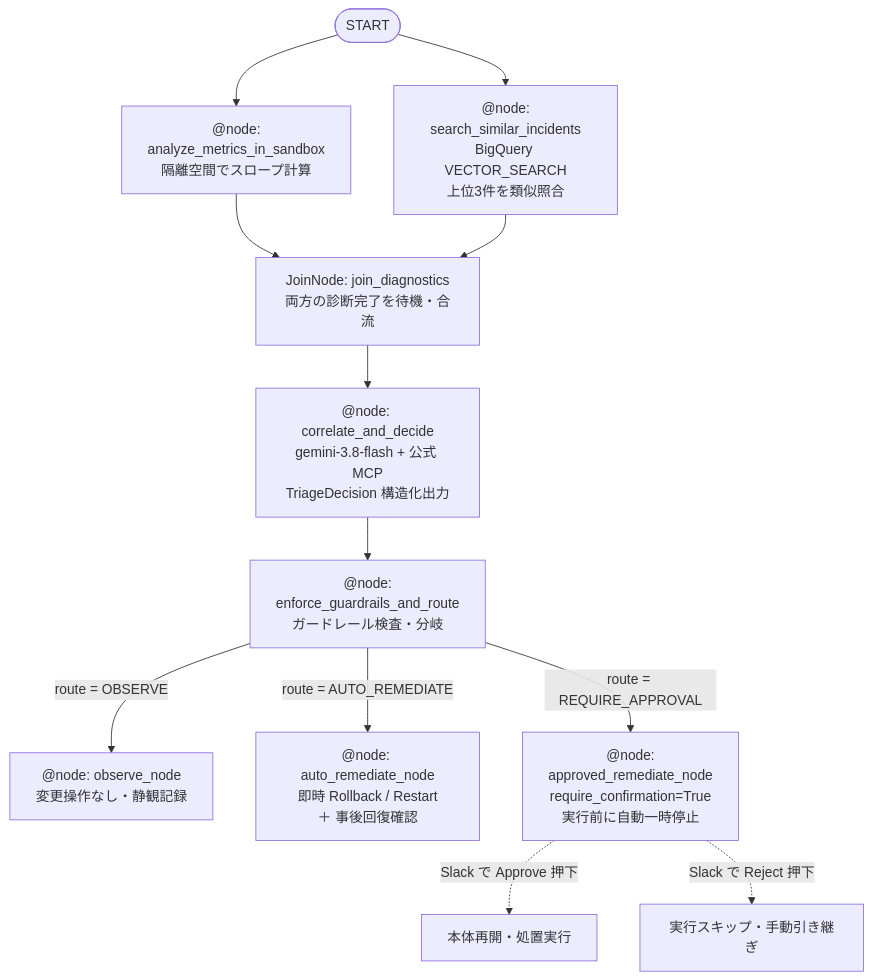
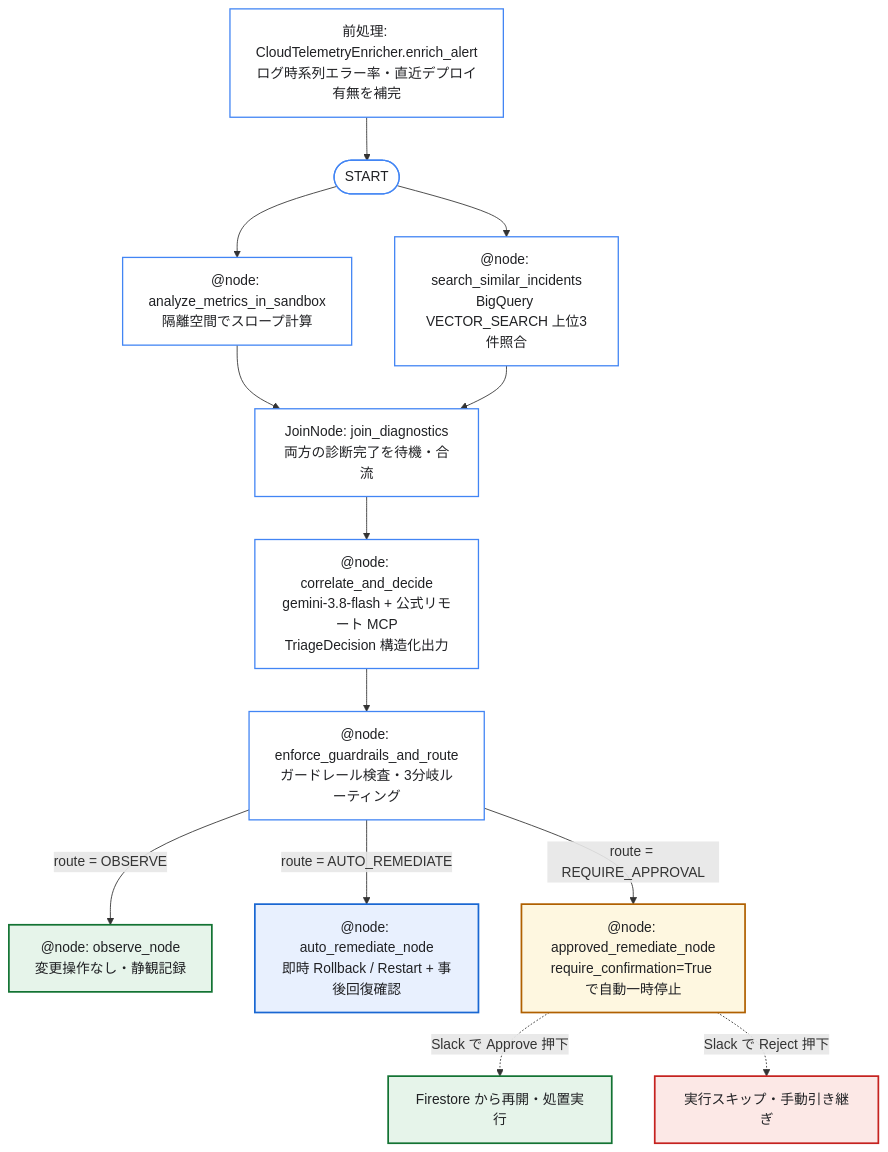
The second of 4 diagrams in docs/04-auto-remediation-and-slack-hitl.md (tyorikan/agentic-sre-handson), drawn with Mermaid before and after one commit. The commit also changed other lines of this file and 26 other files, not shown here.

Commit message:
docs: プロダクトアイコン付き構成図・シーケンス図 PNG (全19図) の追加と折りたたみ Mermaid 定義の精緻化

````diff
--- a/docs/04-auto-remediation-and-slack-hitl.md
+++ b/docs/04-auto-remediation-and-slack-hitl.md
@@ -47,15 +61,27 @@
 ```mermaid
 flowchart TD
-    S(["START"]) --> P1["@node:<br/>analyze_metrics_in_sandbox<br/>隔離空間でスロープ計算"]
-    S --> P2["@node:<br/>search_similar_incidents<br/>BigQuery VECTOR_SEARCH<br/>上位3件を類似照合"]
+    Pre["前処理: CloudTelemetryEnricher.enrich_alert<br/>ログ時系列エラー率・直近デプロイ有無を補完"] --> S(["START"])
+    S --> P1["@node: analyze_metrics_in_sandbox<br/>隔離空間でスロープ計算"]
+    S --> P2["@node: search_similar_incidents<br/>BigQuery VECTOR_SEARCH 上位3件照合"]
     P1 & P2 --> J["JoinNode: join_diagnostics<br/>両方の診断完了を待機・合流"]
-    J --> LLM["@node: correlate_and_decide<br/>gemini-3.8-flash + 公式 MCP<br/>TriageDecision 構造化出力"]
-    LLM --> Router["@node:<br/>enforce_guardrails_and_route<br/>ガードレール検査・分岐"]
+    J --> LLM["@node: correlate_and_decide<br/>gemini-3.8-flash + 公式リモート MCP<br/>TriageDecision 構造化出力"]
+    LLM --> Router["@node: enforce_guardrails_and_route<br/>ガードレール検査・3分岐ルーティング"]
 
     Router -->|"route = OBSERVE"| N1["@node: observe_node<br/>変更操作なし・静観記録"]
-    Router -->|"route = AUTO_REMEDIATE"| N2["@node: auto_remediate_node<br/>即時 Rollback / Restart<br/>＋ 事後回復確認"]
-    Router -->|"route = REQUIRE_APPROVAL"| N3["@node:<br/>approved_remediate_node<br/>require_confirmation=True<br/>実行前に自動一時停止"]
+    Router -->|"route = AUTO_REMEDIATE"| N2["@node: auto_remediate_node<br/>即時 Rollback / Restart + 事後回復確認"]
+    Router -->|"route = REQUIRE_APPROVAL"| N3["@node: approved_remediate_node<br/>require_confirmation=True で自動一時停止"]
 
-    N3 -.->|"Slack で Approve 押下"| Exec["本体再開・処置実行"]
+    N3 -.->|"Slack で Approve 押下"| Exec["Firestore から再開・処置実行"]
     N3 -.->|"Slack で Reject 押下"| Cancel["実行スキップ・手動引き継ぎ"]
+
+    classDef nodeBox fill:#ffffff,stroke:#4285F4,stroke-width:1.5px,color:#202124;
+    classDef ok fill:#e6f4ea,stroke:#137333,stroke-width:2px,color:#202124;
+    classDef auto fill:#e8f0fe,stroke:#1967d2,stroke-width:2px,color:#202124;
+    classDef hitl fill:#fef7e0,stroke:#b06000,stroke-width:2px,color:#202124;
+    classDef reject fill:#fce8e6,stroke:#c5221f,stroke-width:2px,color:#202124;
+    class Pre,S,P1,P2,J,LLM,Router nodeBox;
+    class N1,Exec ok;
+    class N2 auto;
+    class N3 hitl;
+    class Cancel reject;
 ```
````
